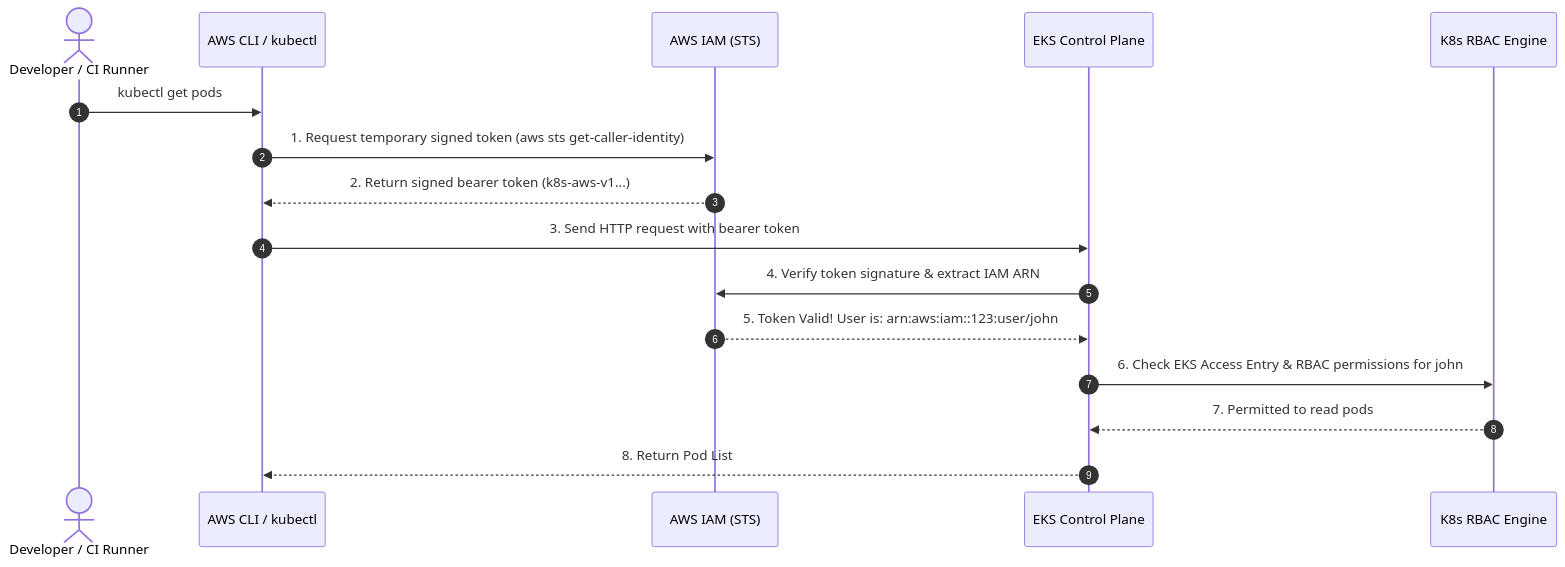
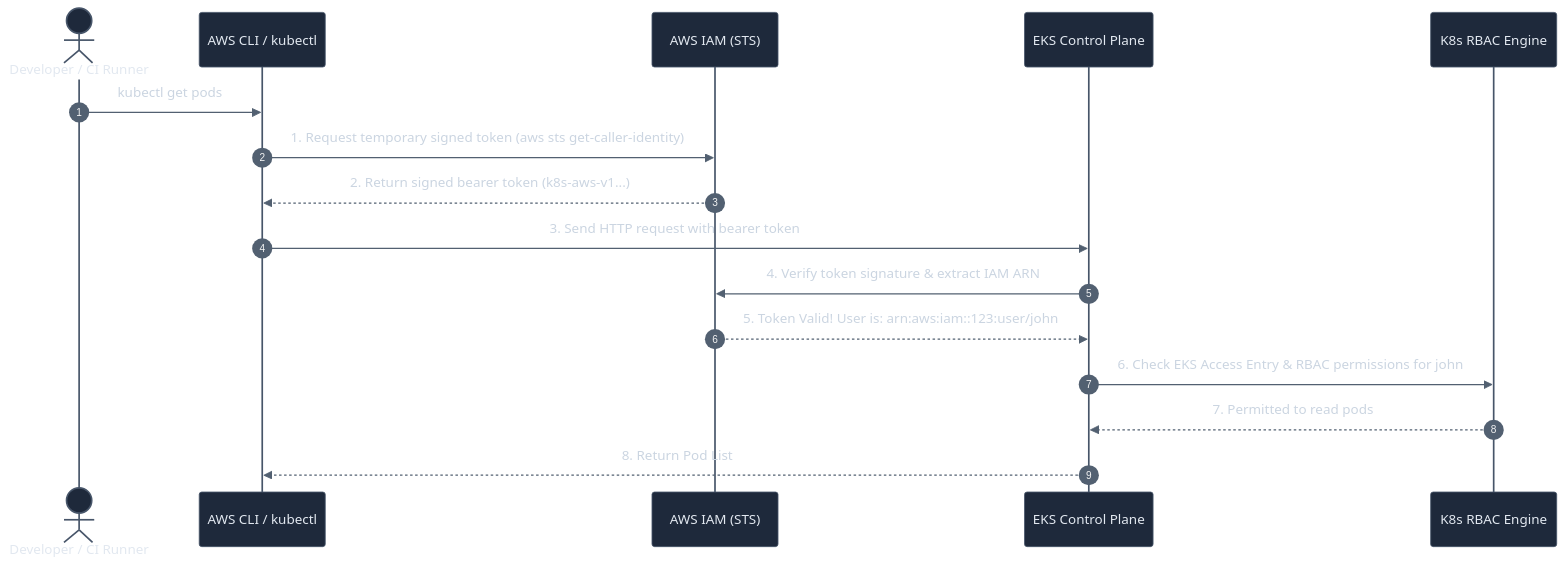
Before and after one commit to heinhtetzan/k8s-in-production: the diagram in 03-aws-services/aws-iam.md, drawn with Mermaid. The commit also changed 4 other files, not shown here.

Commit message:
docs: add dark mode themes and styles to mermaid diagrams in aws architecture docs

````diff
--- a/03-aws-services/aws-iam.md
+++ b/03-aws-services/aws-iam.md
@@ -297,19 +297,37 @@
 ```mermaid
+%%{init: {
+  'theme': 'base',
+  'themeVariables': {
+    'darkMode': true,
+    'actorBkg': '#1e293b',
+    'actorBorder': '#475569',
+    'actorTextColor': '#e2e8f0',
+    'signalColor': '#526071',
+    'signalTextColor': '#cbd5e1',
+    'labelBoxBkgColor': '#1e293b',
+    'labelBoxBorderColor': '#475569',
+    'labelTextColor': '#e2e8f0',
+    'noteBkgColor': '#1e293b',
+    'noteBorderColor': '#475569',
+    'noteTextColor': '#cbd5e1'
+  },
+  'themeCSS': '* { filter: none !important; box-shadow: none !important; } .note rect { stroke-width: 1.5px !important; }'
+}}%%
 sequenceDiagram
     autonumber
     actor Dev as Developer / CI Runner
     participant CLI as AWS CLI / kubectl
     participant IAM as AWS IAM (STS)
     participant EKS as EKS Control Plane
     participant RBAC as K8s RBAC Engine
 
     Dev->>CLI: kubectl get pods
     CLI->>IAM: 1. Request temporary signed token (aws sts get-caller-identity)
     IAM-->>CLI: 2. Return signed bearer token (k8s-aws-v1...)
     CLI->>EKS: 3. Send HTTP request with bearer token
     EKS->>IAM: 4. Verify token signature & extract IAM ARN
     IAM-->>EKS: 5. Token Valid! User is: arn:aws:iam::123:user/john
     EKS->>RBAC: 6. Check EKS Access Entry & RBAC permissions for john
     RBAC-->>EKS: 7. Permitted to read pods
     EKS-->>CLI: 8. Return Pod List
 ```
````
